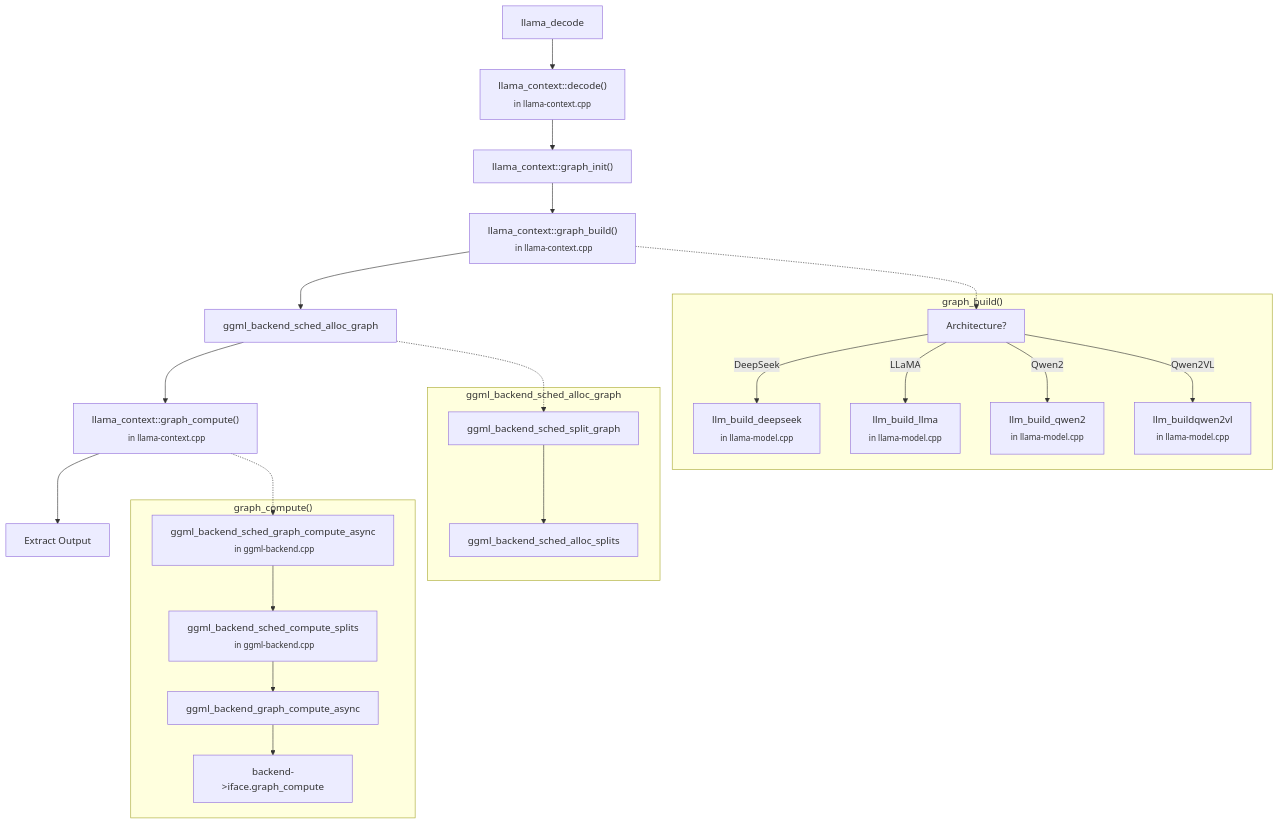
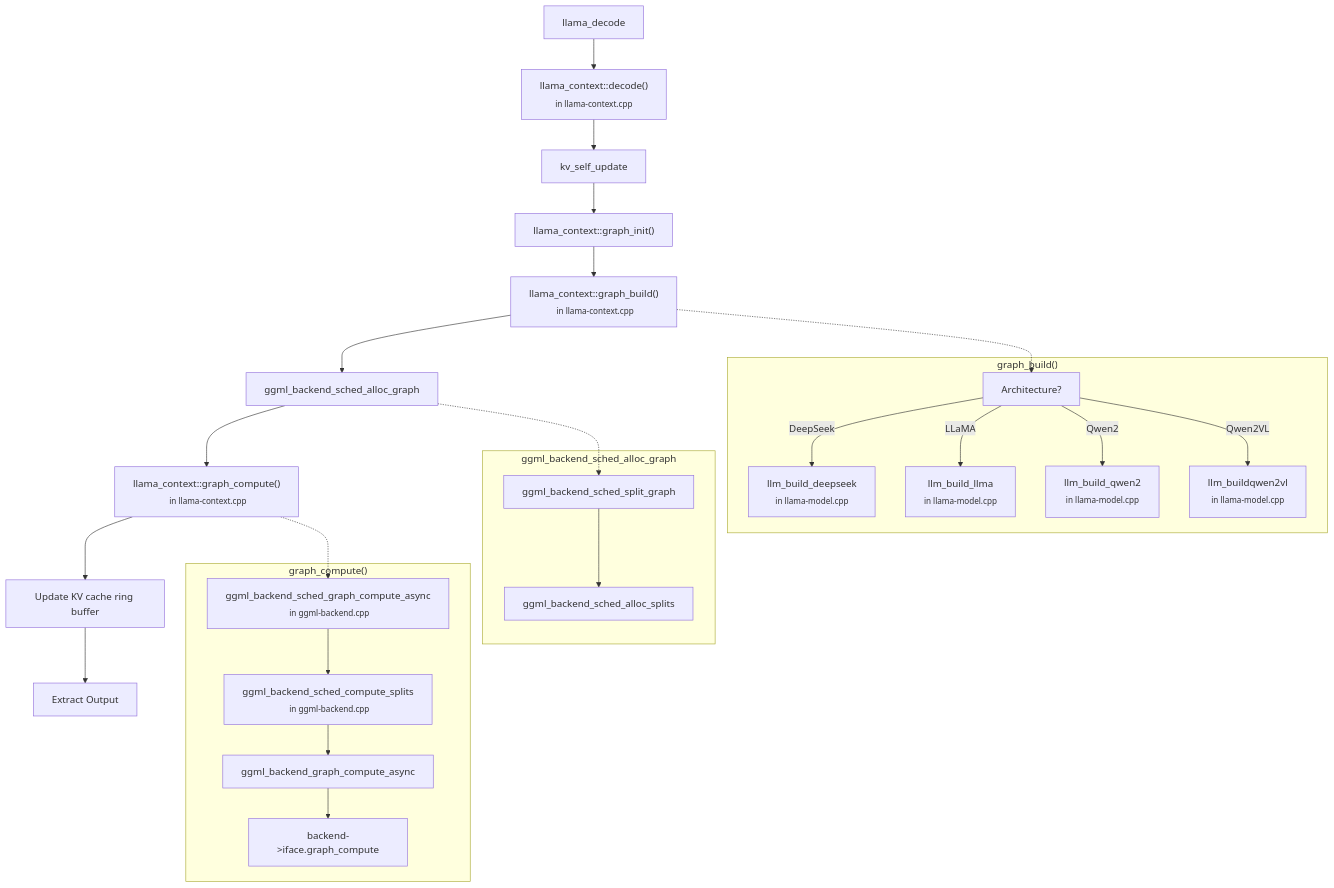
Before and after one commit to cshbli/ML-CV-AI: the first of 10 diagrams in LLM/llama.cpp_flowchart_decode.md, drawn with Mermaid.

Commit message:
Update llama.cpp decode flowchart with KV_cache

````diff
--- a/LLM/llama.cpp_flowchart_decode.md
+++ b/LLM/llama.cpp_flowchart_decode.md
@@ -5,32 +5,33 @@
 ```mermaid
 graph TD;
     decode["llama_decode"] --> A["llama_context::decode()<br> <sub>in llama-context.cpp"</sub>]
-    A --> init["llama_context::graph_init()"]
+    A --> kv_update["kv_self_update"]
+    kv_update --> init["llama_context::graph_init()"]
     init --> build_graph["llama_context::graph_build()<br> <sub>in llama-context.cpp"</sub>];
     build_graph --> alloc_graph["ggml_backend_sched_alloc_graph"]
     alloc_graph --> compute_graph["llama_context::graph_compute()<br> <sub>in llama-context.cpp</sub>"]
-    compute_graph --> output["Extract Output"]
-
+    compute_graph --> kv_cache_update["Update KV cache ring buffer"]
+    kv_cache_update --> output["Extract Output"]
 
     subgraph "graph_build()"        
         D["Architecture?"] -->|DeepSeek|E[llm_build_deepseek<br> <sub>in llama-model.cpp</sub>]
         D -->|LLaMA|F[llm_build_llma<br> <sub>in llama-model.cpp</sub>]
         D -->|Qwen2|G[llm_build_qwen2<br> <sub>in llama-model.cpp<sub>]
         D -->|Qwen2VL|H[llm_buildqwen2vl<br> <sub>in llama-model.cpp<sub>]
     end    
 
     subgraph "graph_compute()"
         compute_async[ggml_backend_sched_graph_compute_async<br> <sub>in ggml-backend.cpp</sub>] -->
         compute_splits[ggml_backend_sched_compute_splits<br> <sub>in ggml-backend.cpp</sub]        
         compute_splits --> backend_compute["ggml_backend_graph_compute_async"]
         backend_compute --> O[backend->iface.graph_compute]        
     end    
 
     subgraph "ggml_backend_sched_alloc_graph"
         M[ggml_backend_sched_split_graph] --> N[ggml_backend_sched_alloc_splits]
     end
     
     build_graph -.-> D
     alloc_graph -.-> M
     compute_graph -.-> compute_async
 ```
````
